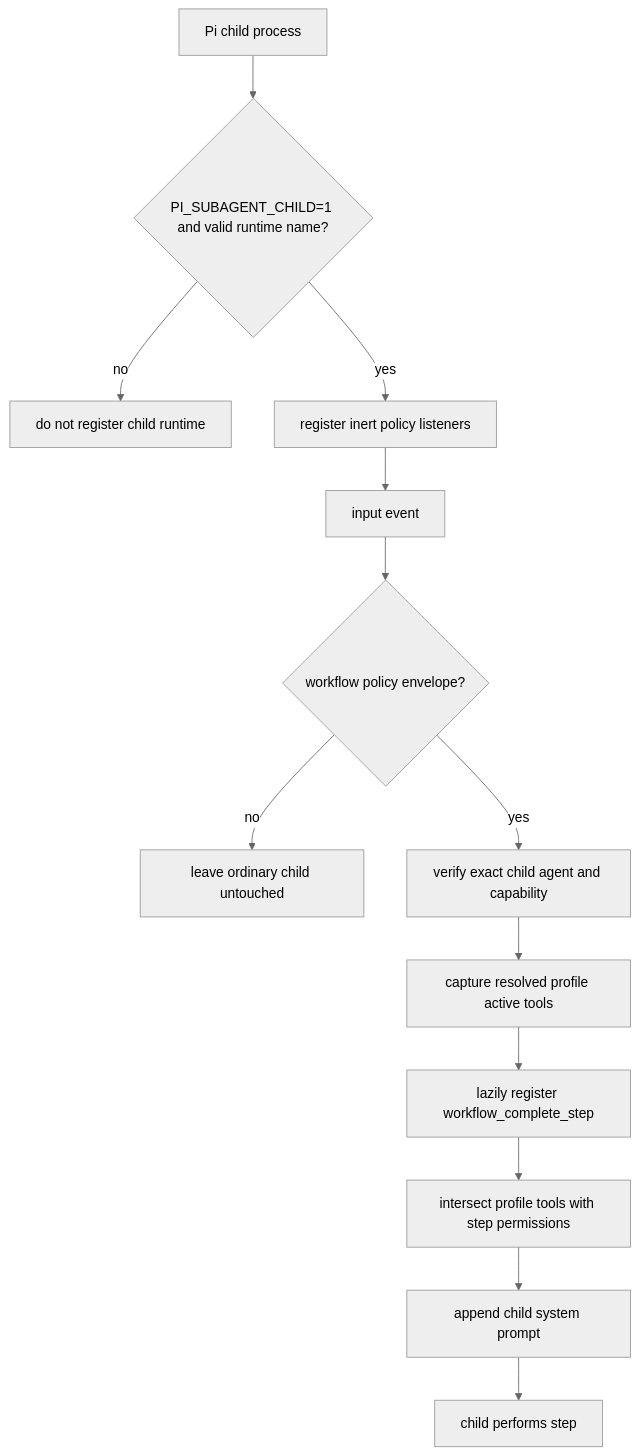
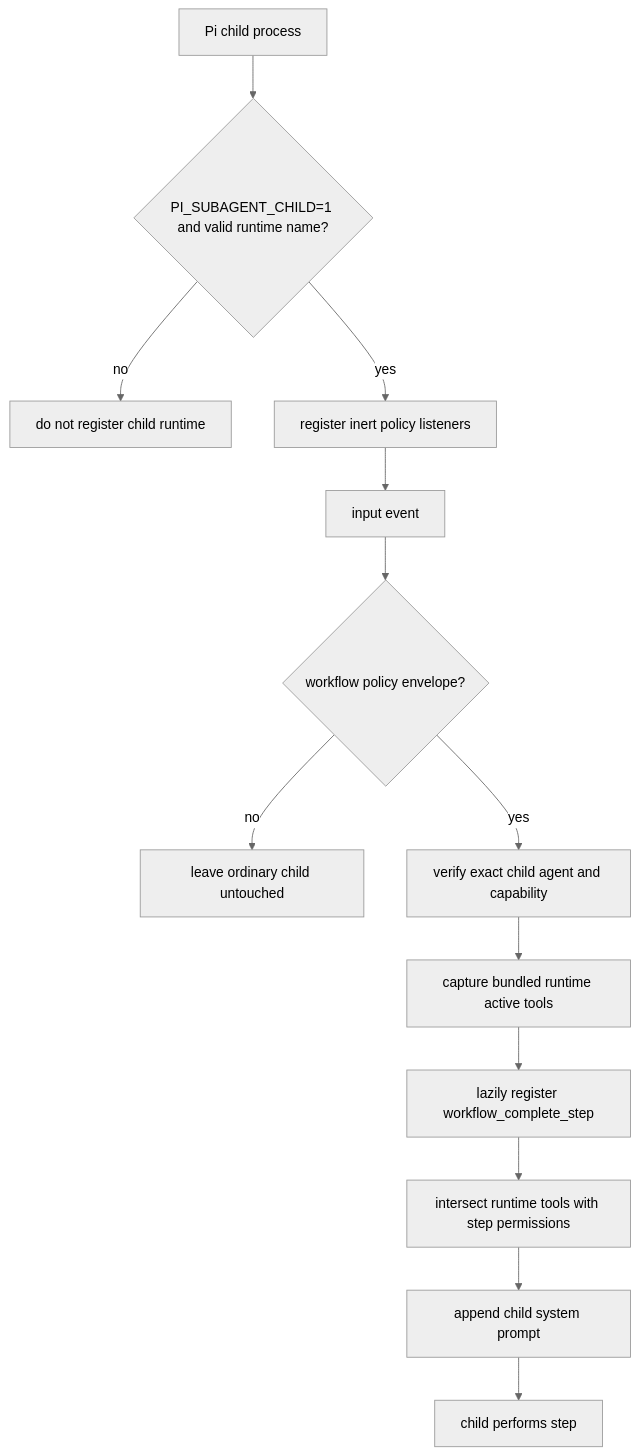
Before and after one commit to wichayutdew/pi-workflows: the third of 6 diagrams in openwiki/integrations/subagents.md, drawn with Mermaid (neutral theme). The commit also changed other lines of this file and 32 other files, not shown here.

````diff
--- a/openwiki/integrations/subagents.md
+++ b/openwiki/integrations/subagents.md
@@ -54,15 +52,15 @@
 ```mermaid
 flowchart TD
   PiChild[Pi child process] --> Env{PI_SUBAGENT_CHILD=1 and valid runtime name?}
   Env -- no --> Stop[do not register child runtime]
   Env -- yes --> Runtime[register inert policy listeners]
   Runtime --> Input[input event]
   Input --> Envelope{workflow policy envelope?}
   Envelope -- no --> Ordinary[leave ordinary child untouched]
   Envelope -- yes --> Verify[verify exact child agent and capability]
-  Verify --> Baseline[capture resolved profile active tools]
+  Verify --> Baseline[capture bundled runtime active tools]
   Baseline --> Complete[lazily register workflow_complete_step]
-  Complete --> Narrow[intersect profile tools with step permissions]
+  Complete --> Narrow[intersect runtime tools with step permissions]
   Narrow --> Prompt[append child system prompt]
   Prompt --> Work[child performs step]
 ```
````
